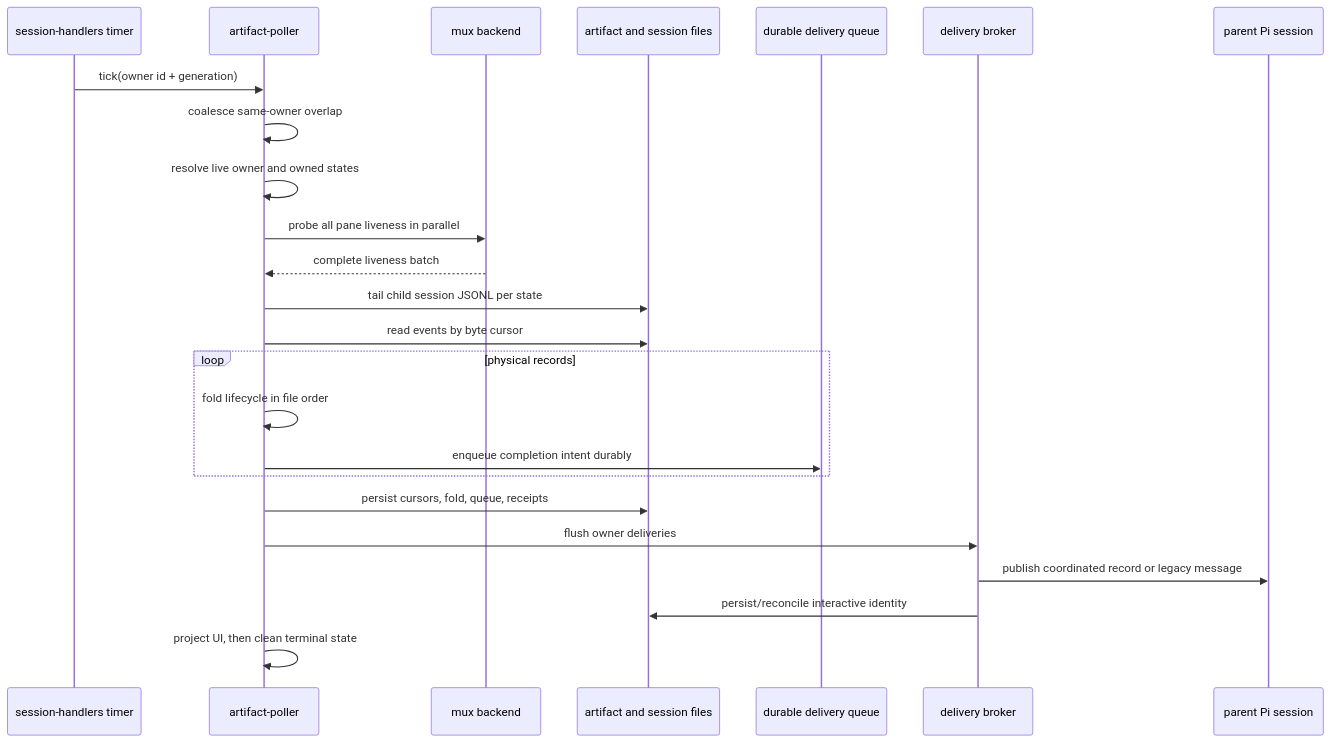
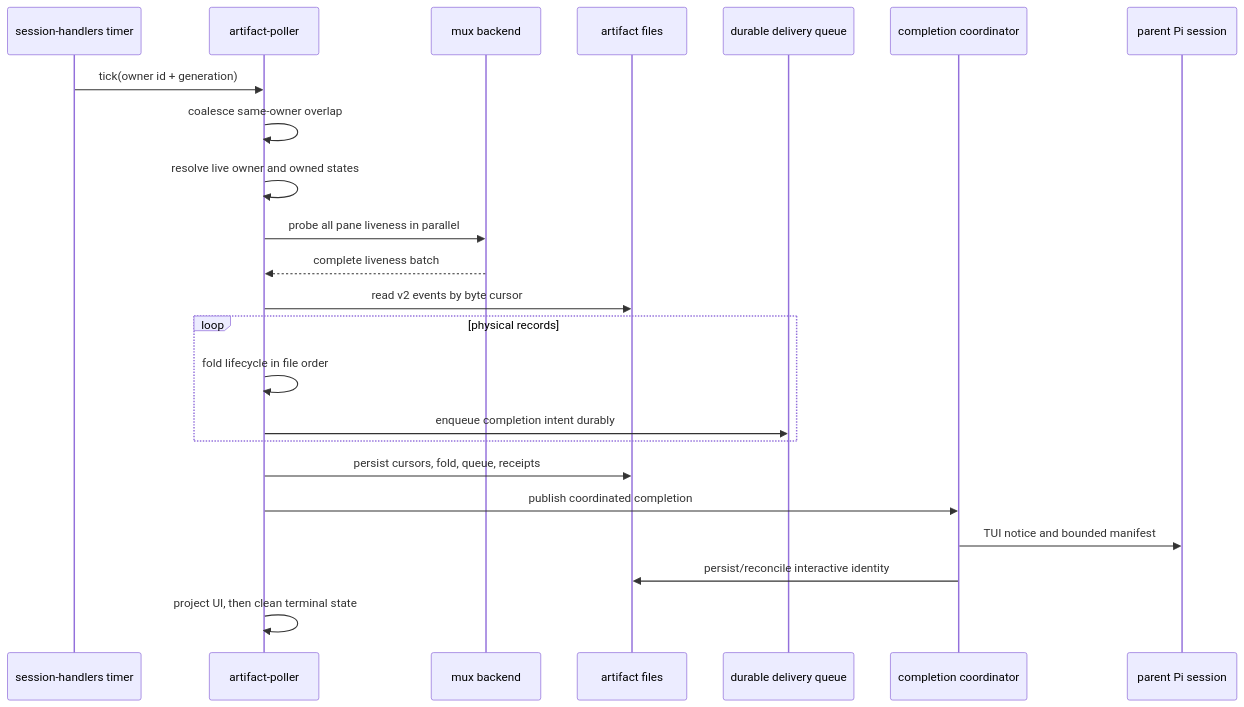
Before and after one commit to lmn451/pi-subagentura: the sixth of 8 diagrams in architecture.md, drawn with Mermaid. The commit also changed other lines of this file and 66 other files, not shown here.

First line of the commit message:
feat!: remove protocol-v1 compatibility and legacy completion delivery

````diff
--- a/architecture.md
+++ b/architecture.md
@@ -671,27 +661,26 @@
 ```mermaid
 sequenceDiagram
   participant S as session-handlers timer
   participant P as artifact-poller
   participant M as mux backend
-  participant A as artifact and session files
+  participant A as artifact files
   participant D as durable delivery queue
-  participant B as delivery broker
+  participant C as completion coordinator
   participant Parent as parent Pi session
 
   S->>P: tick(owner id + generation)
   P->>P: coalesce same-owner overlap
   P->>P: resolve live owner and owned states
   P->>M: probe all pane liveness in parallel
   M-->>P: complete liveness batch
-  P->>A: tail child session JSONL per state
-  P->>A: read events by byte cursor
+  P->>A: read v2 events by byte cursor
   loop physical records
     P->>P: fold lifecycle in file order
     P->>D: enqueue completion intent durably
   end
   P->>A: persist cursors, fold, queue, receipts
-  P->>B: flush owner deliveries
-  B->>Parent: publish coordinated record or legacy message
-  B->>A: persist/reconcile interactive identity
+  P->>C: publish coordinated completion
+  C->>Parent: TUI notice and bounded manifest
+  C->>A: persist/reconcile interactive identity
   P->>P: project UI, then clean terminal state
 ```
````
